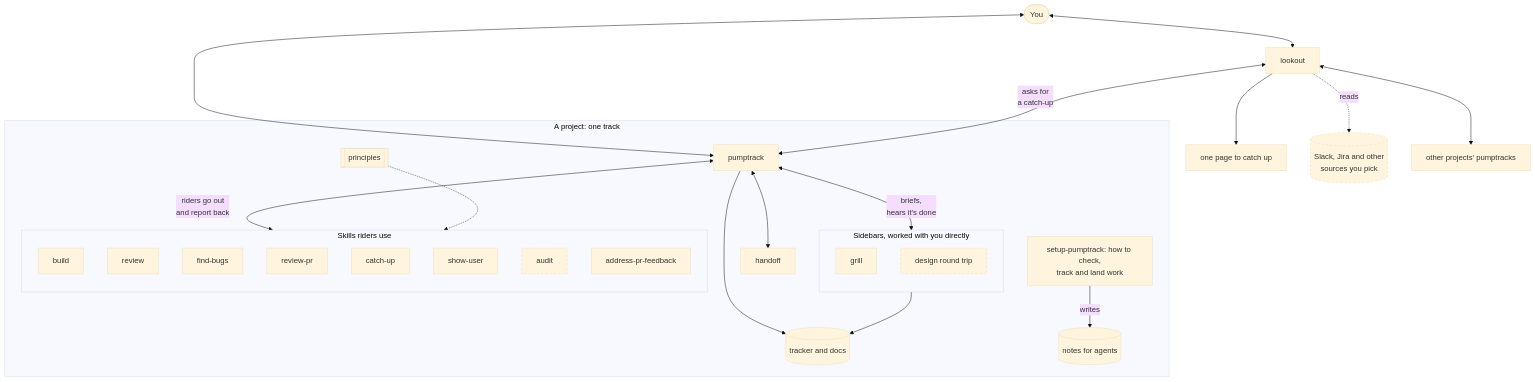
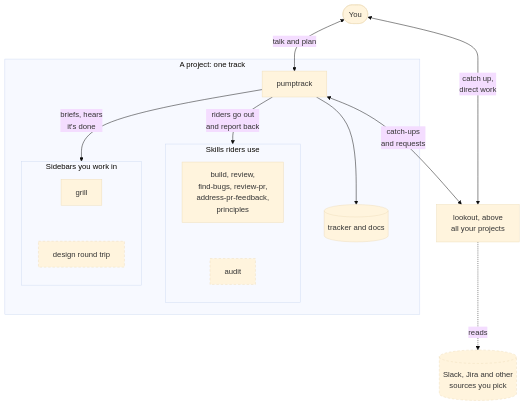
Before and after one commit to brandonbews/pumptrack: the fourth of 4 diagrams in README.md, drawn with Mermaid (base theme). The commit also changed other lines of this file, not shown here.

Commit message:
README: three story diagrams and a compact map; the lookout directs work

````diff
--- a/README.md
+++ b/README.md
@@ -59,50 +77,27 @@
 ```mermaid
 flowchart TD
-  you(["You"])
-  lookout["lookout"]
-  page["one page to catch up"]
-  sources[("Slack, Jira and other<br/>sources you pick")]
-  others["other projects' pumptracks"]
+  you(["You"]) <-->|"talk and plan"| pt
+  you <-->|"catch up,<br/>direct work"| lookout
+  pt <-->|"catch-ups<br/>and requests"| lookout["lookout, above<br/>all your projects"]
+  lookout -.->|reads| sources[("Slack, Jira and other<br/>sources you pick")]
 
   subgraph track["A project: one track"]
     pt["pumptrack"]
-    subgraph sides["Sidebars, worked with you directly"]
+    pt -->|"riders go out<br/>and report back"| lines
+    pt -->|"briefs, hears<br/>it's done"| sides
+    pt --> records[("tracker and docs")]
+    subgraph lines["Skills riders use"]
+      direction TB
+      now["build, review,<br/>find-bugs, review-pr,<br/>address-pr-feedback,<br/>principles"]
+      now ~~~ audit["audit"]
+    end
+    subgraph sides["Sidebars you work in"]
       direction TB
       grill["grill"]
-      design["design round trip"]
-    end
-    records[("tracker and docs")]
-    handoff["handoff"]
-    setup["setup-pumptrack: how to check,<br/>track and land work"]
-    notes[("notes for agents")]
-    principles[["principles"]]
-    subgraph skills["Skills riders use"]
-      direction TB
-      build["build"]
-      review["review"]
-      bugs["find-bugs"]
-      prreview["review-pr"]
-      catchup["catch-up"]
-      show["show-user"]
-      audit["audit"]
-      feedback["address-pr-feedback"]
+      grill ~~~ design["design round trip"]
     end
   end
-
-  you <--> lookout
-  you <--> pt
-  lookout <-->|"asks for<br/>a catch-up"| pt
-  lookout <--> others
-  lookout --> page
-  lookout -.->|reads| sources
-  pt <-->|"riders go out<br/>and report back"| skills
-  pt <-->|"briefs,<br/>hears it's done"| sides
-  pt <--> handoff
-  pt --> records
-  sides --> records
-  setup -->|writes| notes
-  principles -.-> skills
 
   classDef later stroke-dasharray: 5 4
   class sources,design,audit later
 ```
````
